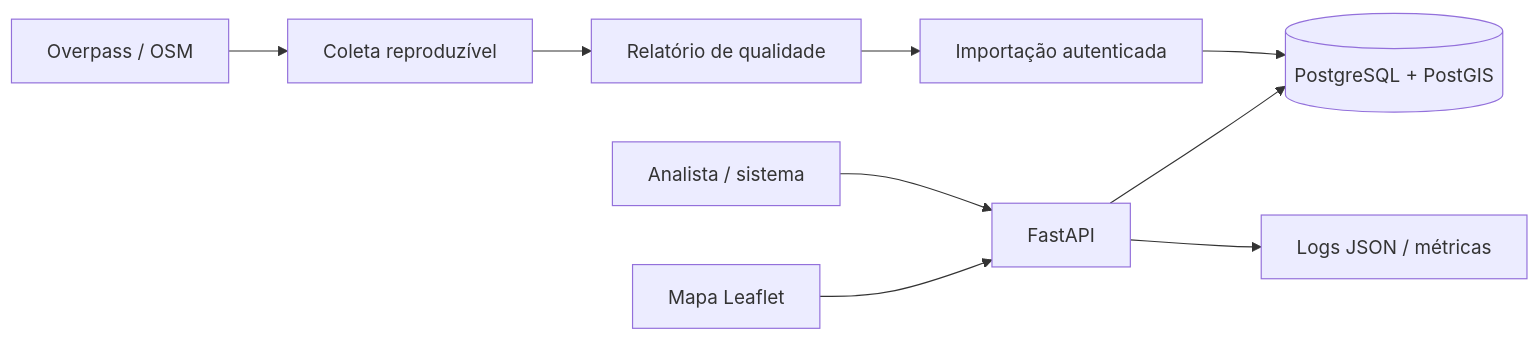
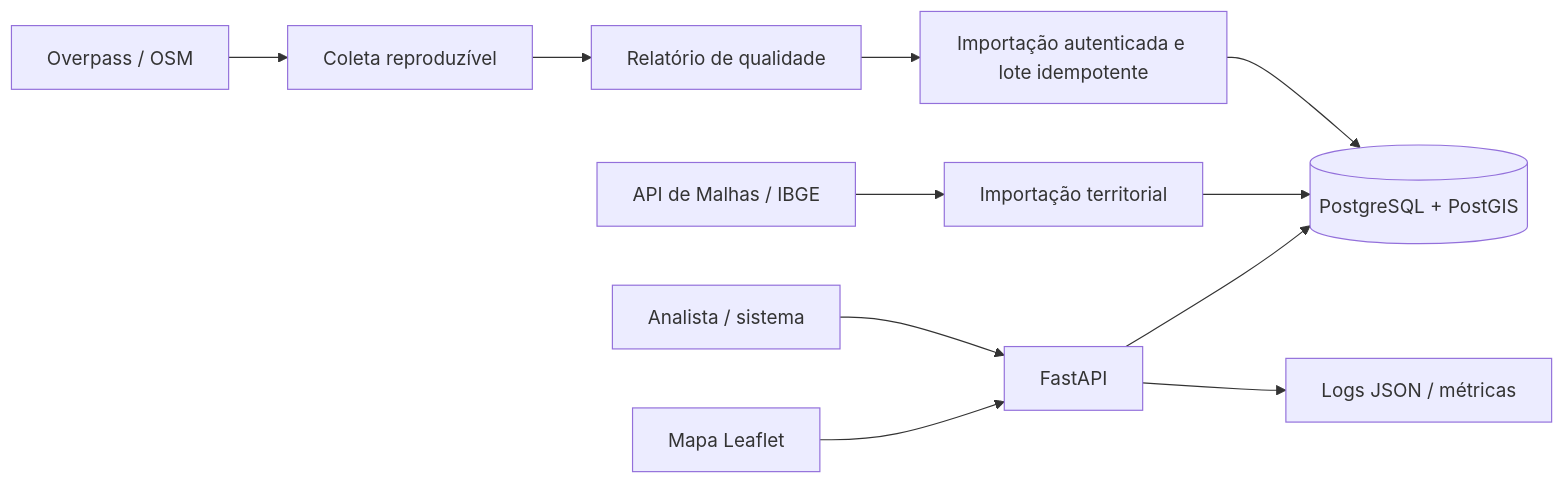
Before and after one commit to endeson12/geo-intelligence-api: the diagram in docs/architecture.md, drawn with Mermaid. The commit also changed other lines of this file and 32 other files, not shown here.

````diff
--- a/docs/architecture.md
+++ b/docs/architecture.md
@@ -9,11 +9,13 @@
 ```mermaid
 flowchart LR
   OSM[Overpass / OSM] --> FETCH[Coleta reproduzível]
+  IBGE[API de Malhas / IBGE] --> TERR[Importação territorial]
   FETCH --> QUALITY[Relatório de qualidade]
-  QUALITY --> IMPORT[Importação autenticada]
+  QUALITY --> IMPORT[Importação autenticada e lote idempotente]
   IMPORT --> PG[(PostgreSQL + PostGIS)]
+  TERR --> PG
   CLIENT[Analista / sistema] --> API[FastAPI]
   MAP[Mapa Leaflet] --> API
   API --> PG
   API --> OBS[Logs JSON / métricas]
 ```
````
